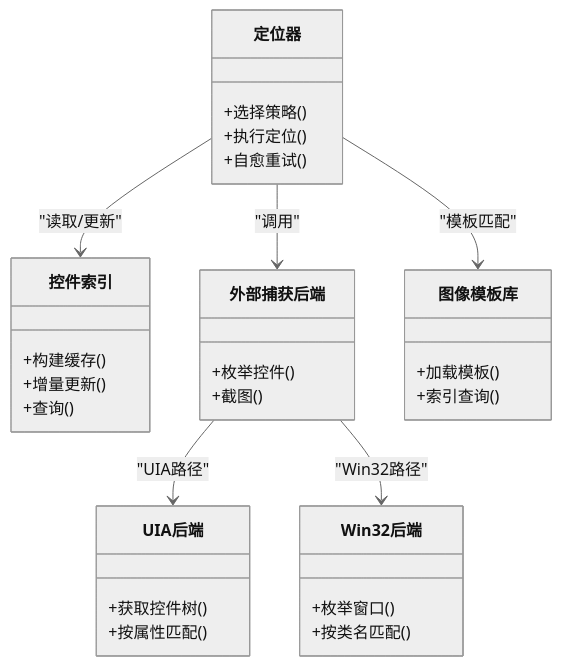
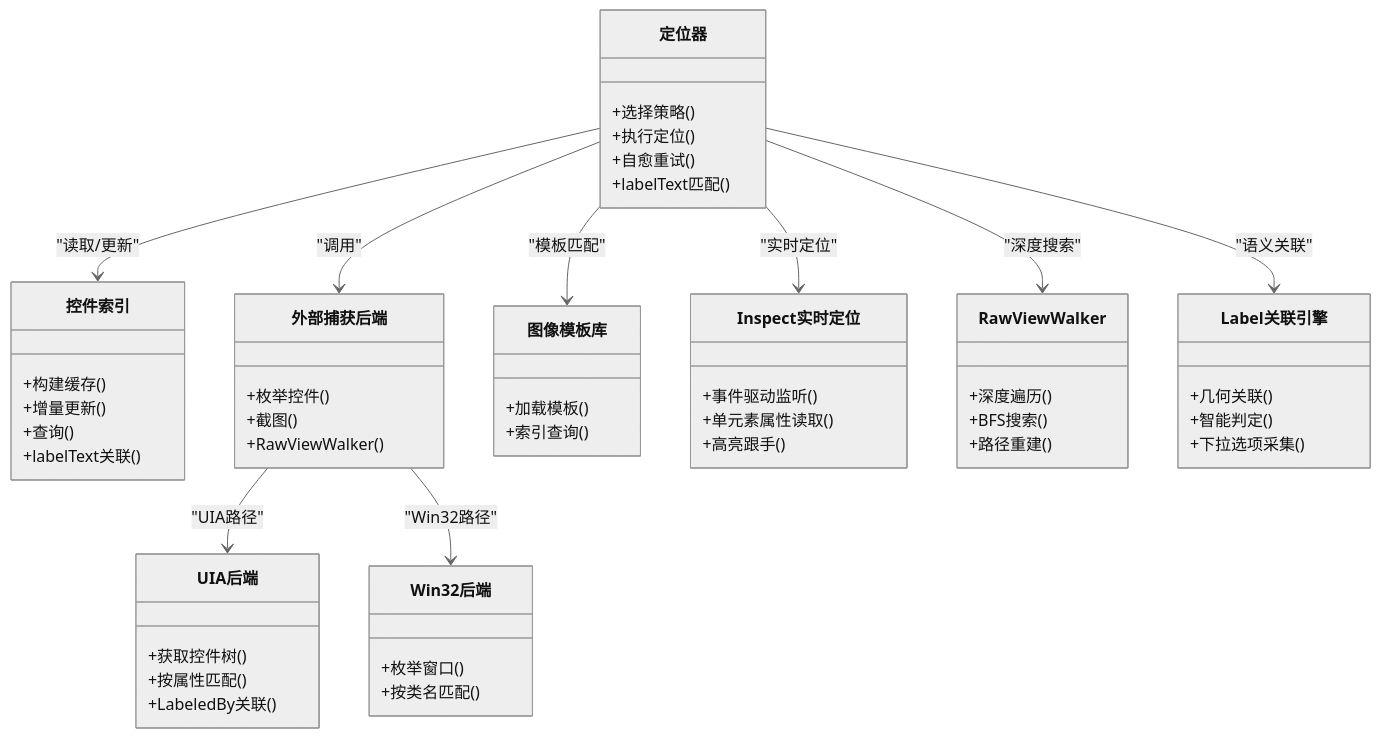
One commit to hanago33/WT_Automation changed the third of 3 diagrams in .qoder/repowiki/zh/content/核心概念/控件定位策略/控件定位策略.md. Above: the diagram before and after it, drawn with Mermaid (neutral theme). The commit also changed other lines of this file and 247 other files, not shown here.

````diff
--- a/.qoder/repowiki/zh/content/核心概念/控件定位策略/控件定位策略.md
+++ b/.qoder/repowiki/zh/content/核心概念/控件定位策略/控件定位策略.md
@@ -303,34 +459,56 @@
 ```mermaid
 classDiagram
 class 定位器 {
 +选择策略()
 +执行定位()
 +自愈重试()
++labelText匹配()
 }
 class 控件索引 {
 +构建缓存()
 +增量更新()
 +查询()
++labelText关联()
 }
 class 外部捕获后端 {
 +枚举控件()
 +截图()
++RawViewWalker()
 }
 class UIA后端 {
 +获取控件树()
 +按属性匹配()
++LabeledBy关联()
 }
 class Win32后端 {
 +枚举窗口()
 +按类名匹配()
 }
 class 图像模板库 {
 +加载模板()
 +索引查询()
 }
+class Inspect实时定位 {
++事件驱动监听()
++单元素属性读取()
++高亮跟手()
+}
+class RawViewWalker {
++深度遍历()
++BFS搜索()
++路径重建()
+}
+class Label关联引擎 {
++几何关联()
++智能判定()
++下拉选项采集()
+}
 定位器 --> 控件索引 : "读取/更新"
 定位器 --> 外部捕获后端 : "调用"
 外部捕获后端 --> UIA后端 : "UIA路径"
 外部捕获后端 --> Win32后端 : "Win32路径"
 定位器 --> 图像模板库 : "模板匹配"
+定位器 --> Inspect实时定位 : "实时定位"
+定位器 --> RawViewWalker : "深度搜索"
+定位器 --> Label关联引擎 : "语义关联"
 ```
````
